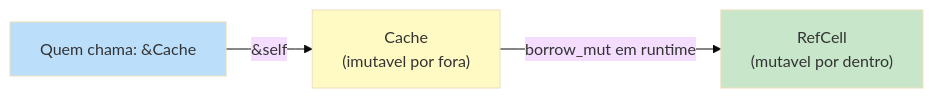
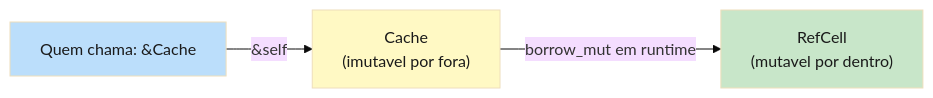
One commit to Felipeness/ferro-e-espirito changed the first of 2 diagrams in book/part-10-smart-pointers/ch29-mutabilidade-interior.md. Above: the diagram before and after it, drawn with Mermaid (base theme). The commit also changed other lines of this file and 56 other files, not shown here.

First line of the commit message:
fix: contraste de texto em diagramas mermaid

````diff
--- a/book/part-10-smart-pointers/ch29-mutabilidade-interior.md
+++ b/book/part-10-smart-pointers/ch29-mutabilidade-interior.md
@@ -41,13 +41,13 @@
 ```mermaid
 graph LR
     Caller["Quem chama: &Cache"]
     Cache["Cache<br/>(imutavel por fora)"]
     Inner["RefCell<HashMap><br/>(mutavel por dentro)"]
 
     Caller -->|"&self"| Cache
     Cache -->|"borrow_mut em runtime"| Inner
 
-    style Caller fill:#bbdefb
-    style Cache fill:#fff9c4
-    style Inner fill:#c8e6c9
+    style Caller fill:#bbdefb,color:#1a1a1a
+    style Cache fill:#fff9c4,color:#1a1a1a
+    style Inner fill:#c8e6c9,color:#1a1a1a
 ```
````
